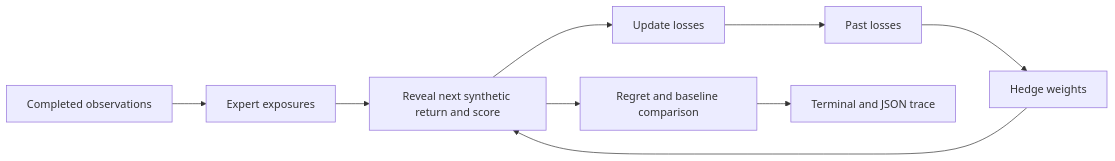
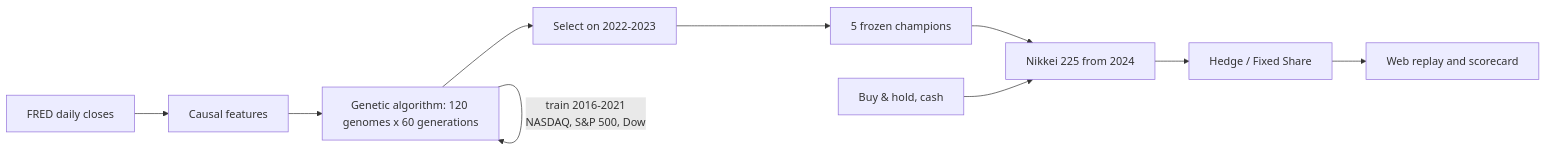
Before and after one commit to suprkco/Trading-strategies-analysis-regret-minimization: the diagram in README.md, drawn with Mermaid. The commit also changed other lines of this file and 18 other files, not shown here.

First line of the commit message:
feat: evolve strategy DNA on real indices and test champions online on the Nikkei 225

````diff
--- a/README.md
+++ b/README.md
@@ -46,11 +43,12 @@
 ```mermaid
 flowchart LR
-    A[Completed observations] --> B[Expert exposures]
-    C[Past losses] --> D[Hedge weights]
-    B --> E[Reveal next synthetic return and score]
-    D --> E
-    E --> F[Update losses]
-    F --> C
-    E --> G[Regret and baseline comparison]
-    G --> H[Terminal and JSON trace]
+    F[FRED daily closes] --> X[Causal features]
+    X --> E[Genetic algorithm: 120 genomes x 60 generations]
+    E -->|train 2016-2021<br>NASDAQ, S&P 500, Dow| E
+    E --> V[Select on 2022-2023]
+    V --> C[5 frozen champions]
+    C --> T[Nikkei 225 from 2024]
+    B[Buy & hold, cash] --> T
+    T --> H[Hedge / Fixed Share]
+    H --> W[Web replay and scorecard]
 ```
````
